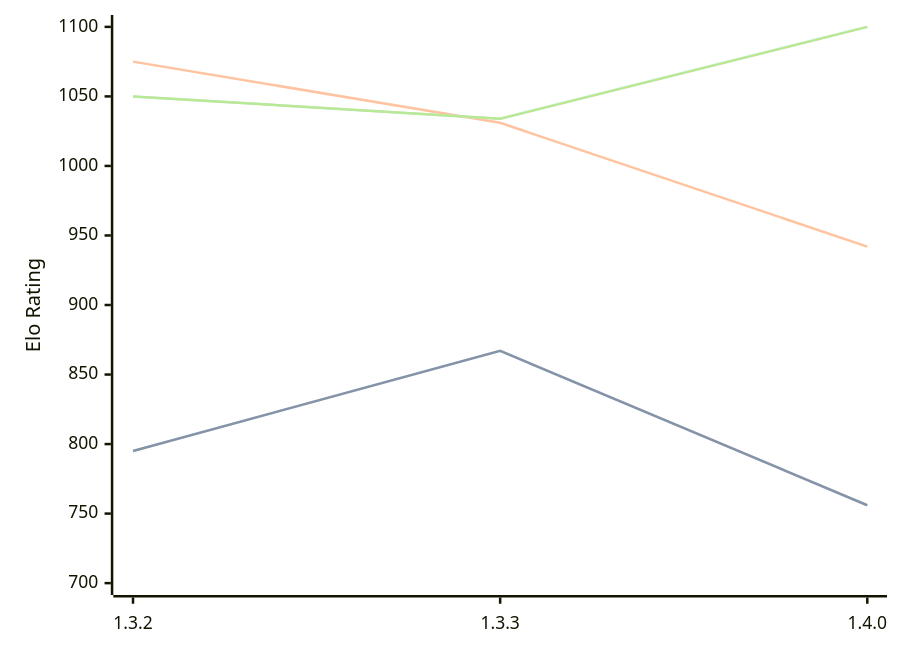
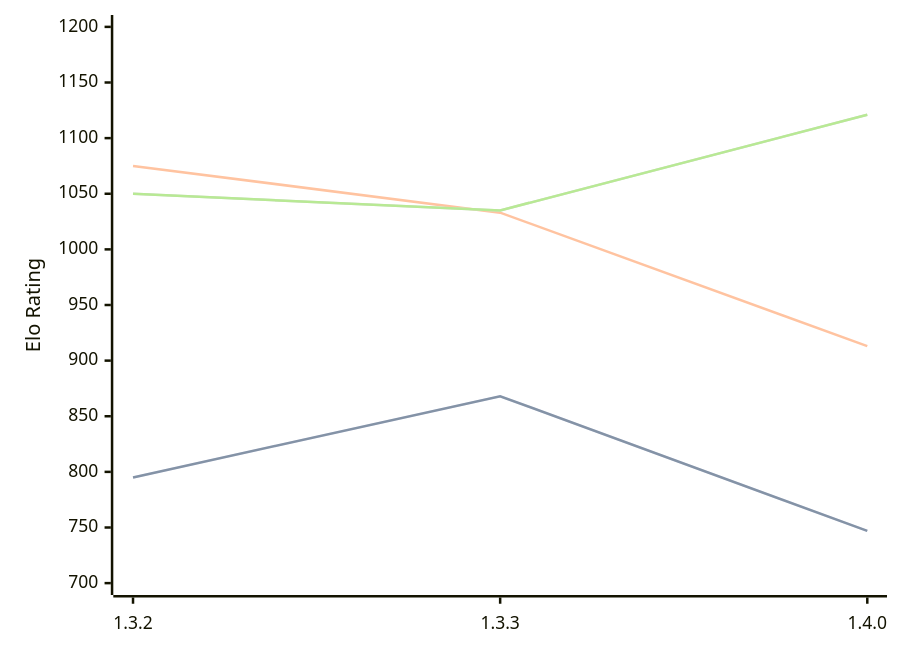
Before and after one commit to computer-chess-index/cci: the diagram in engines/Whitespine.md, drawn with Mermaid. The commit also changed other lines of this file, not shown here.

Commit message:
Update CCI Ratings (ELO VLTC) - 2026-05-16

````diff
--- a/engines/Whitespine.md
+++ b/engines/Whitespine.md
@@ -36,11 +36,11 @@
 ```mermaid
 %%{init: {"theme":"base","themeVariables":{"seriesColors:['#a3a3a3','#222221','#faa371']}}}%%
 xychart-beta
   x-axis ["1.3.2", "1.3.3", "1.4.0"]
-  y-axis "Elo Rating" 700 --> 1100
-  line "STC (8.0+0.08s)" [795, 867, 756]
-  line "STC (8.0+0.08s)" [795, 867, 756]
-  line "LTC (60.0+0.60s)" [1075, 1031, 942]
-  line "VLTC (2m24s+1.12s)" [1050, 1034, 1100]
-  line "VLTC (2m24s+1.12s)" [1050, 1034, 1100]
+  y-axis "Elo Rating" 700 --> 1200
+  line "STC (8.0+0.08s)" [795, 868, 747]
+  line "STC (8.0+0.08s)" [795, 868, 747]
+  line "LTC (60.0+0.60s)" [1075, 1033, 913]
+  line "VLTC (2m24s+1.12s)" [1050, 1035, 1121]
+  line "VLTC (2m24s+1.12s)" [1050, 1035, 1121]
 ```
````
